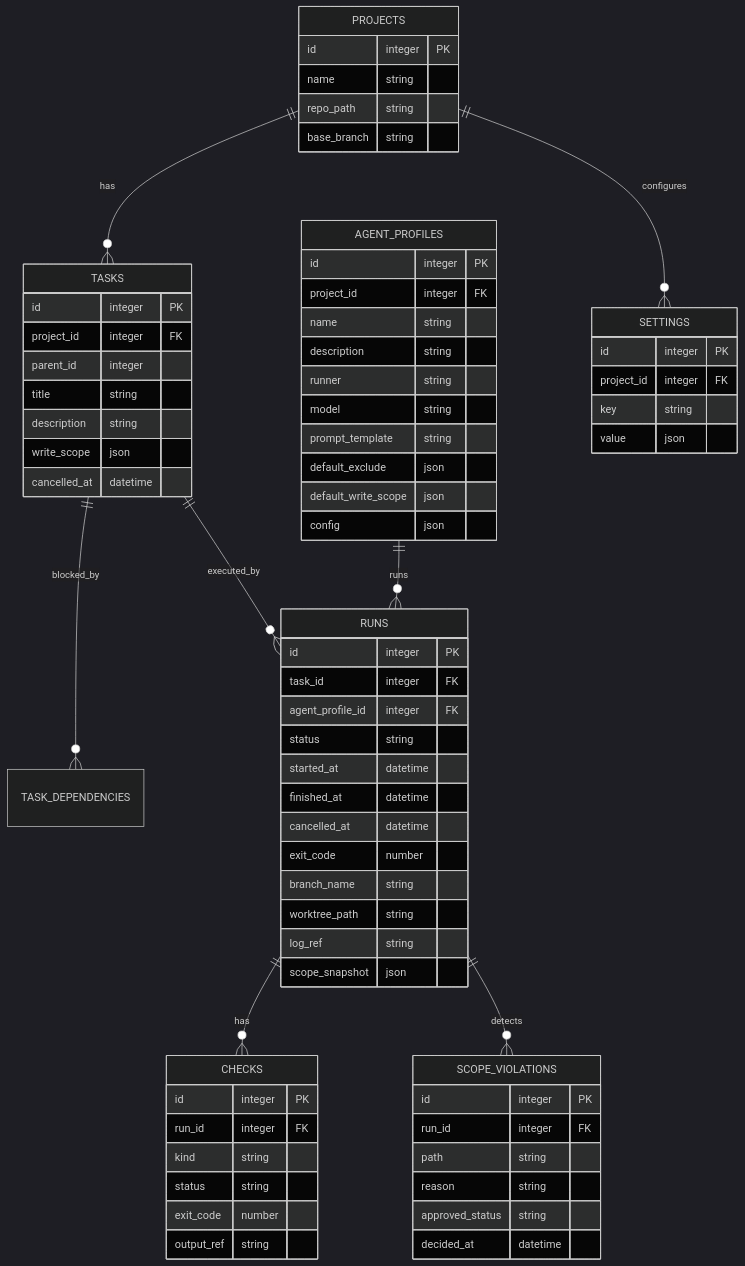
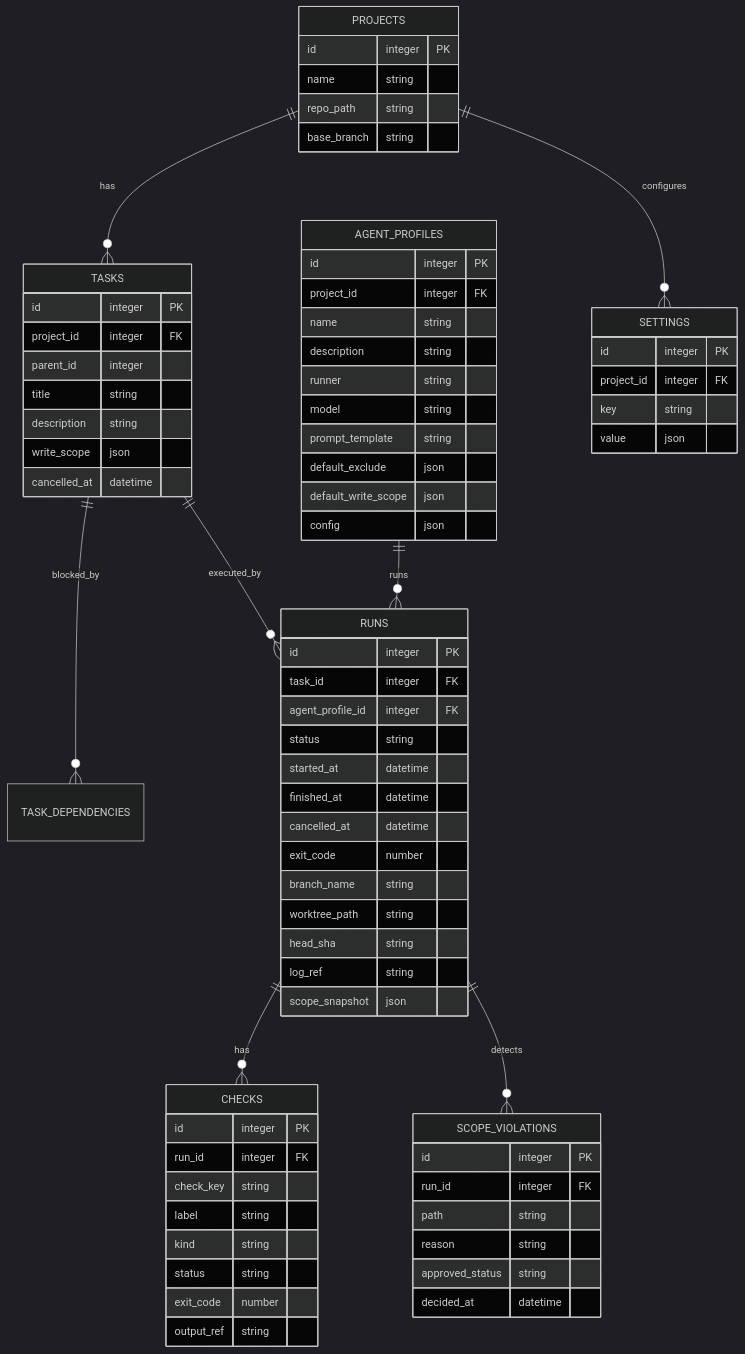
Before and after one commit to krtw00/AgentMine: the diagram in docs/03-details/data-model.md, drawn with Mermaid (dark theme). The commit also changed other lines of this file and 6 other files, not shown here.

```diff
--- a/docs/03-details/data-model.md
+++ b/docs/03-details/data-model.md
@@ -57,6 +57,7 @@
         exit_code number
         branch_name string
         worktree_path string
+        head_sha string
         log_ref string
         scope_snapshot json
     }
@@ -64,6 +65,8 @@
     CHECKS {
         id integer PK
         run_id integer FK
+        check_key string
+        label string
         kind string
         status string
         exit_code number
```
